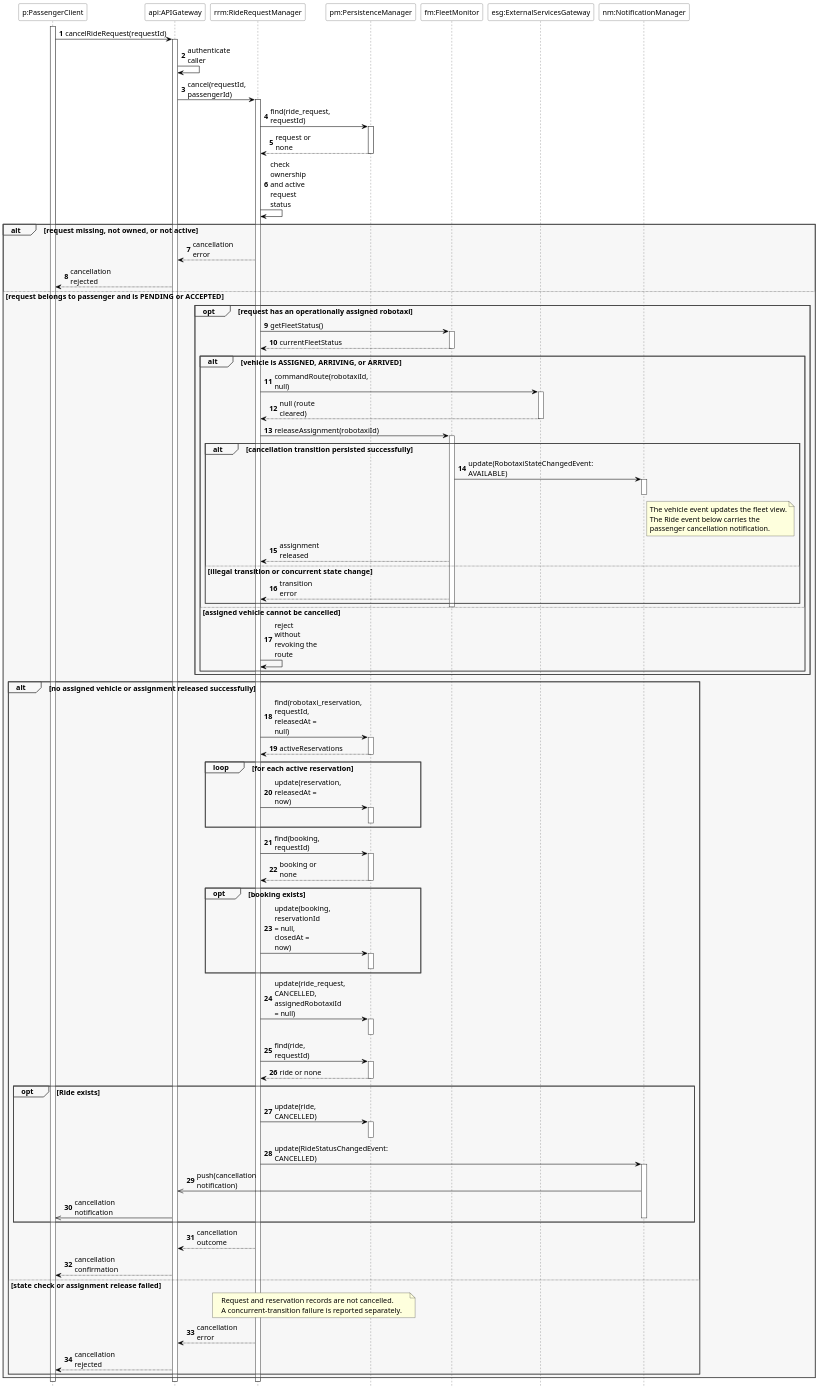
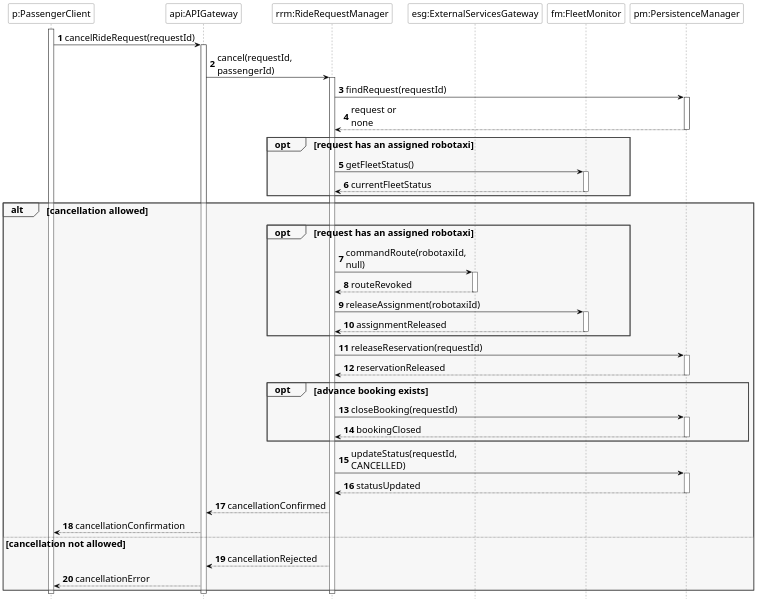
The diagram in DD/diagrams/sequence_diagrams/cancellation.puml (meggie-0/SE4A_ROAd_MargheritaBertipaglia_DavidCazzaniga_PasqualeIgnarra_Project), drawn with PlantUML before and after one commit. The commit also changed 18 other files, not shown here.

Commit message:
Refined DD and RASD diagrams

```diff
--- a/DD/diagrams/sequence_diagrams/cancellation.puml
+++ b/DD/diagrams/sequence_diagrams/cancellation.puml
@@ -1,160 +1,126 @@
 @startuml
 
 skinparam backgroundColor white
 skinparam shadowing false
 skinparam defaultFontName Arial
-skinparam defaultFontSize 14
+skinparam defaultFontSize 18
 skinparam dpi 150
 skinparam maxMessageSize 90
 
 skinparam sequence {
     ArrowColor black
     LifeLineBorderColor #444444
     LifeLineBackgroundColor white
     ParticipantBorderColor #444444
     ParticipantBackgroundColor white
     ParticipantFontColor black
     GroupBorderColor #444444
     GroupBackgroundColor #F7F7F7
     DividerBorderColor #444444
     DividerBackgroundColor #F2F2F2
 }
 
 <style>
 sequenceDiagram {
   participant {
     Padding 20
   }
   group {
     Padding 10
     BackgroundColor #F7F7F7
     LineColor #444444
   }
   lifeLine {
     LineColor #444444
     BackgroundColor white
   }
   arrow {
     LineColor black
   }
 }
 </style>
 
 hide footbox
+hide footbox
 autonumber
-
-' Component-level view: arguments and returned DTOs are abbreviated.
-' PersistenceManager includes database access; its internal SQL is omitted.
-' Internal helper work is grouped under the component that owns it.
-' Calls to update(event) include subject notification where applicable.
-' WebSocket delivery uses the sessions registered by the API Gateway.
 
 participant "p:PassengerClient" as P
 participant "api:APIGateway" as API
 participant "rrm:RideRequestManager" as RRM
+participant "esg:ExternalServicesGateway" as ESG
+participant "fm:FleetMonitor" as FM
 participant "pm:PersistenceManager" as PM
-participant "fm:FleetMonitor" as FM
-participant "esg:ExternalServicesGateway" as ESG
-participant "nm:NotificationManager" as NM
 
 activate P
-P -> API : cancelRideRequest(requestId)
+
+P -> API: cancelRideRequest(requestId)
 activate API
-API -> API : authenticate caller
-API -> RRM : cancel(requestId, passengerId)
+
+API -> RRM: cancel(requestId, passengerId)
 activate RRM
-RRM -> PM : find(ride_request, requestId)
+
+RRM -> PM: findRequest(requestId)
 activate PM
-PM --> RRM : request or none
+PM --> RRM: request or none
 deactivate PM
-RRM -> RRM : check ownership and active request status
 
-alt request missing, not owned, or not active
-    RRM --> API : cancellation error
-    API --> P : cancellation rejected
-else request belongs to passenger and is PENDING or ACCEPTED
-    opt request has an operationally assigned robotaxi
-        RRM -> FM : getFleetStatus()
+opt request has an assigned robotaxi
+
+    RRM -> FM: getFleetStatus()
+    activate FM
+    FM --> RRM: currentFleetStatus
+    deactivate FM
+
+end
+
+alt cancellation allowed
+
+    opt request has an assigned robotaxi
+
+        RRM -> ESG: commandRoute(robotaxiId,\nnull)
+        activate ESG
+        ESG --> RRM: routeRevoked
+        deactivate ESG
+
+        RRM -> FM: releaseAssignment(robotaxiId)
         activate FM
-        FM --> RRM : currentFleetStatus
+        FM --> RRM: assignmentReleased
         deactivate FM
 
-        alt vehicle is ASSIGNED, ARRIVING, or ARRIVED
-            RRM -> ESG : commandRoute(robotaxiId, null)
-            activate ESG
-            ESG --> RRM : null (route cleared)
-            deactivate ESG
-            RRM -> FM : releaseAssignment(robotaxiId)
-            activate FM
-            alt cancellation transition persisted successfully
-                FM -> NM : update(RobotaxiStateChangedEvent: AVAILABLE)
-                activate NM
-                note right of NM
-                    The vehicle event updates the fleet view.
-                    The Ride event below carries the
-                    passenger cancellation notification.
-                end note
-                deactivate NM
-                FM --> RRM : assignment released
-            else illegal transition or concurrent state change
-                FM --> RRM : transition error
-            end
-            deactivate FM
-        else assigned vehicle cannot be cancelled
-            RRM -> RRM : reject without revoking the route
-        end
     end
 
-    alt no assigned vehicle or assignment released successfully
-        RRM -> PM : find(robotaxi_reservation, requestId, releasedAt = null)
+    RRM -> PM: releaseReservation(requestId)
+    activate PM
+    PM --> RRM: reservationReleased
+    deactivate PM
+
+    opt advance booking exists
+
+        RRM -> PM: closeBooking(requestId)
         activate PM
-        PM --> RRM : activeReservations
+        PM --> RRM: bookingClosed
         deactivate PM
-        loop for each active reservation
-            RRM -> PM : update(reservation, releasedAt = now)
-            activate PM
-            deactivate PM
-        end
-        RRM -> PM : find(booking, requestId)
-        activate PM
-        PM --> RRM : booking or none
-        deactivate PM
-        opt booking exists
-            RRM -> PM : update(booking, reservationId = null, closedAt = now)
-            activate PM
-            deactivate PM
-        end
-        RRM -> PM : update(ride_request, CANCELLED, assignedRobotaxiId = null)
-        activate PM
-        deactivate PM
-        RRM -> PM : find(ride, requestId)
-        activate PM
-        PM --> RRM : ride or none
-        deactivate PM
-        opt Ride exists
-            RRM -> PM : update(ride, CANCELLED)
-            activate PM
-            deactivate PM
-            RRM -> NM : update(RideStatusChangedEvent: CANCELLED)
-            activate NM
-            NM ->> API : push(cancellation notification)
-            API ->> P : cancellation notification
-            deactivate NM
-        end
-        RRM --> API : cancellation outcome
-        API --> P : cancellation confirmation
-    else state check or assignment release failed
-        note over RRM, PM
-            Request and reservation records are not cancelled.
-            A concurrent-transition failure is reported separately.
-        end note
-        RRM --> API : cancellation error
-        API --> P : cancellation rejected
+
     end
+
+    RRM -> PM: updateStatus(requestId,\nCANCELLED)
+    activate PM
+    PM --> RRM: statusUpdated
+    deactivate PM
+
+    RRM --> API: cancellationConfirmed
+    API --> P: cancellationConfirmation
+
+else cancellation not allowed
+
+    RRM --> API: cancellationRejected
+    API --> P: cancellationError
+
 end
 
 deactivate RRM
 deactivate API
 deactivate P
 
+
 @enduml
```
